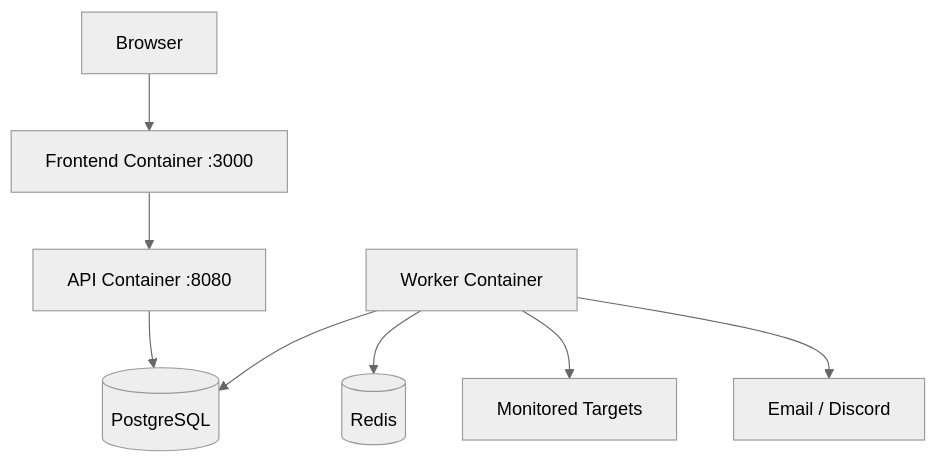
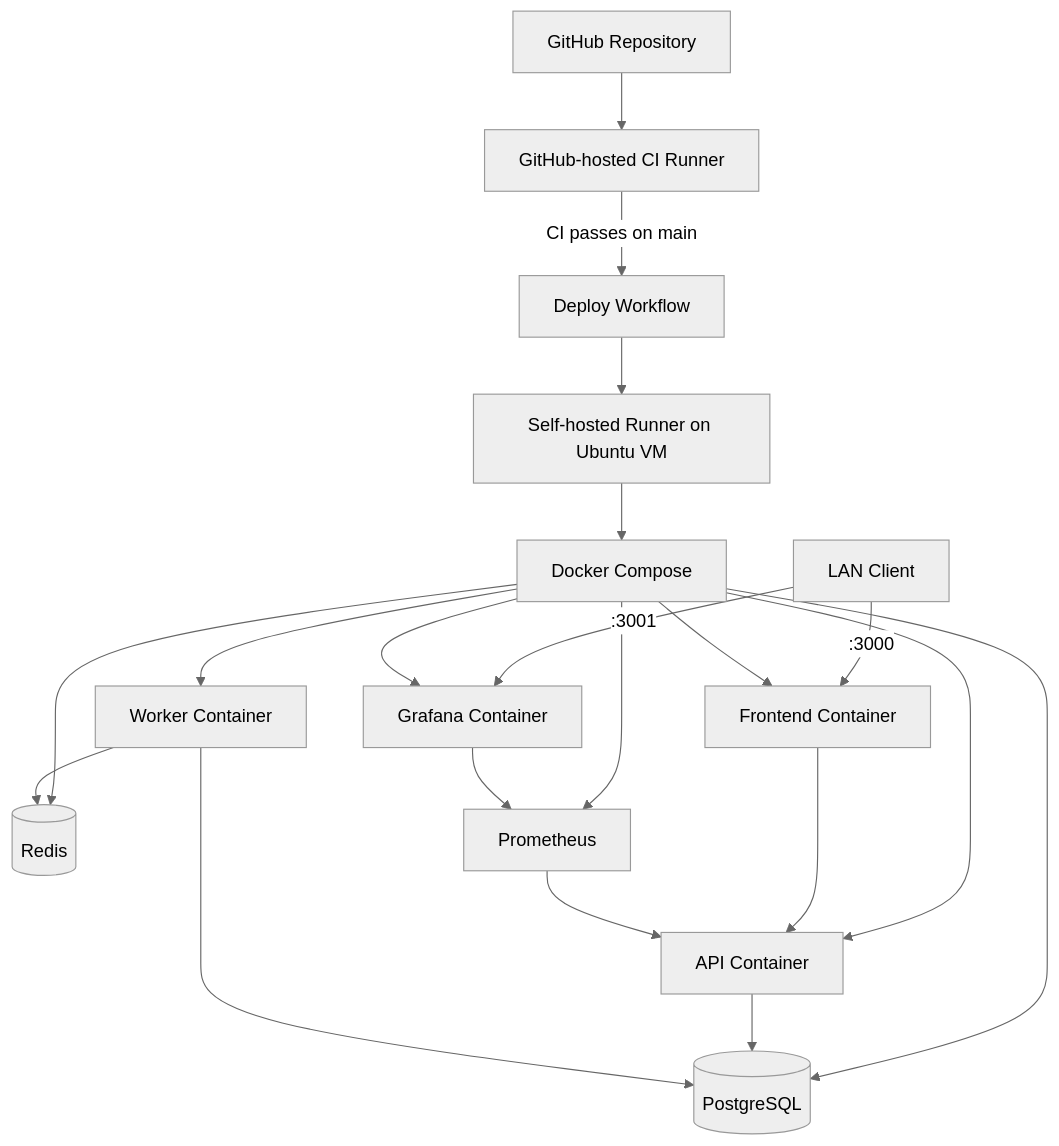
Before and after one commit to getzaa456/pulse-check: the second of 2 diagrams in docs/architecture.md, drawn with Mermaid (neutral theme). The commit also changed other lines of this file and 3 other files, not shown here.

````diff
--- a/docs/architecture.md
+++ b/docs/architecture.md
@@ -103,11 +29,25 @@
 ```mermaid
 flowchart TB
-    Browser --> FE[Frontend Container :3000]
-    FE --> API[API Container :8080]
+    GitHub[GitHub Repository] --> CI[GitHub-hosted CI Runner]
+    CI -->|CI passes on main| Deploy[Deploy Workflow]
+    Deploy --> Runner[Self-hosted Runner on Ubuntu VM]
+    Runner --> Compose[Docker Compose]
 
-    API --> DB[(PostgreSQL)]
-    Worker[Worker Container] --> Redis[(Redis)]
+    LAN[LAN Client] -->|:3000| FE[Frontend Container]
+    LAN -->|:3001| Grafana[Grafana Container]
+
+    Compose --> FE
+    Compose --> API[API Container]
+    Compose --> Worker[Worker Container]
+    Compose --> DB[(PostgreSQL)]
+    Compose --> Redis[(Redis)]
+    Compose --> Prom[Prometheus]
+    Compose --> Grafana
+
+    FE --> API
+    API --> DB
+    Worker --> Redis
     Worker --> DB
-    Worker --> Targets[Monitored Targets]
-    Worker --> Providers[Email / Discord]
+    Prom --> API
+    Grafana --> Prom
 ```
````
